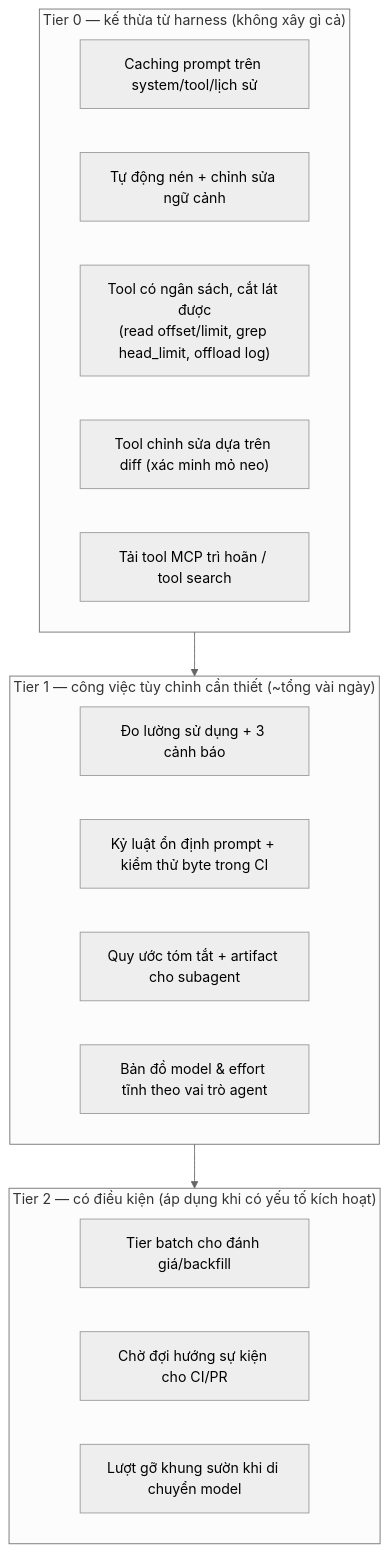
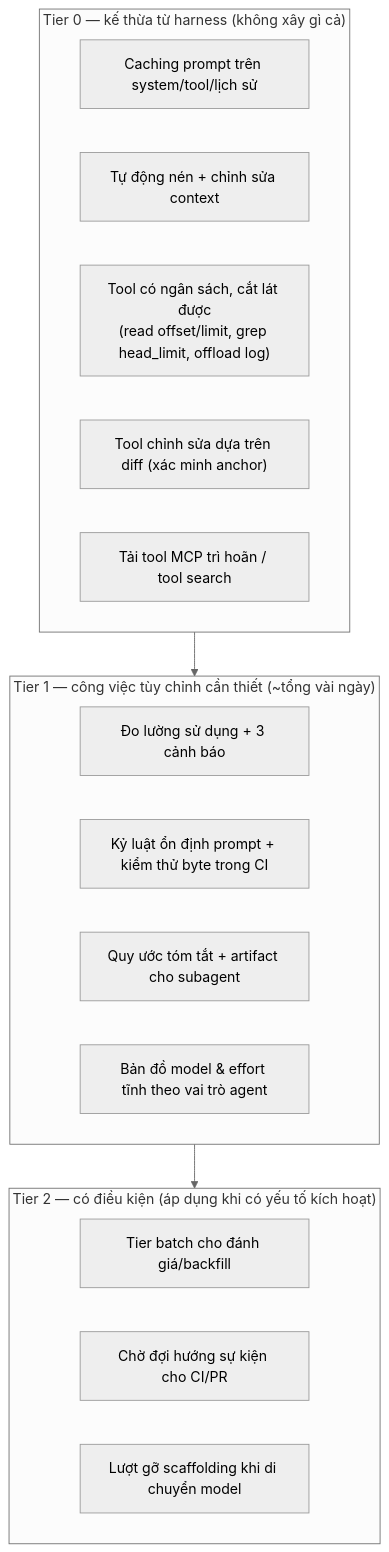
The first of 2 diagrams in solutions/recommended-setup.md (dungnm02/token-optimizer), drawn with Mermaid (neutral theme) before and after one commit. The commit also changed other lines of this file and 25 other files, not shown here.

````diff
--- a/solutions/recommended-setup.md
+++ b/solutions/recommended-setup.md
@@ -29,22 +29,22 @@
 ```mermaid
 flowchart TD
     subgraph T0["Tier 0 — kế thừa từ harness (không xây gì cả)"]
         H1[Caching prompt trên system/tool/lịch sử]
-        H2[Tự động nén + chỉnh sửa ngữ cảnh]
+        H2[Tự động nén + chỉnh sửa context]
         H3["Tool có ngân sách, cắt lát được<br/>(read offset/limit, grep head_limit, offload log)"]
-        H4["Tool chỉnh sửa dựa trên diff (xác minh mỏ neo)"]
+        H4["Tool chỉnh sửa dựa trên diff (xác minh anchor)"]
         H5[Tải tool MCP trì hoãn / tool search]
     end
     subgraph T1["Tier 1 — công việc tùy chỉnh cần thiết (~tổng vài ngày)"]
         C1[Đo lường sử dụng + 3 cảnh báo]
         C2[Kỷ luật ổn định prompt + kiểm thử byte trong CI]
         C3[Quy ước tóm tắt + artifact cho subagent]
         C4[Bản đồ model & effort tĩnh theo vai trò agent]
     end
     subgraph T2["Tier 2 — có điều kiện (áp dụng khi có yếu tố kích hoạt)"]
         D1[Tier batch cho đánh giá/backfill]
         D2[Chờ đợi hướng sự kiện cho CI/PR]
-        D3[Lượt gỡ khung sườn khi di chuyển model]
+        D3[Lượt gỡ scaffolding khi di chuyển model]
     end
     T0 --> T1 --> T2
 ```
````
